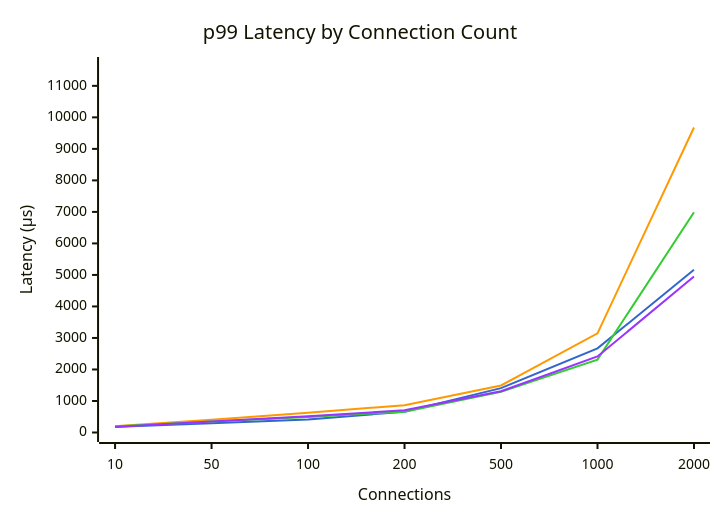
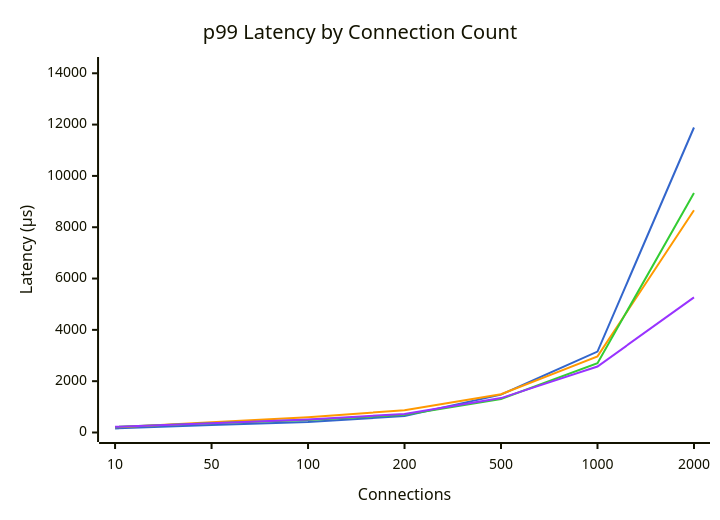
One commit to youyuanwu/bypass-misc changed the sixth of 6 diagrams in docs/Bench/Azure/Standard_D8s_v5.md. Above: the diagram before and after it, drawn with Mermaid. The commit also changed other lines of this file and 5 other files, not shown here.

````diff
--- a/docs/Bench/Azure/Standard_D8s_v5.md
+++ b/docs/Bench/Azure/Standard_D8s_v5.md
@@ -151,16 +151,16 @@
 ```mermaid
 ---
 config:
     themeVariables:
         xyChart:
             plotColorPalette: "#3366cc, #ff9900, #33cc33, #9933ff"
 ---
 xychart-beta
     title "p99 Latency by Connection Count"
     x-axis "Connections" [10, 50, 100, 200, 500, 1000, 2000]
-    y-axis "Latency (μs)" 0 --> 11614
-    line "dpdk" [175, 295, 412, 660, 1408, 2669, 5163]
-    line "tokio" [197, 401, 624, 867, 1492, 3147, 9679]
-    line "tokio-local" [197, 347, 492, 662, 1294, 2313, 6987]
-    line "kimojio" [178, 349, 517, 703, 1307, 2413, 4947]
+    y-axis "Latency (μs)" 0 --> 14264
+    line "dpdk" [157, 290, 408, 641, 1477, 3153, 11887]
+    line "tokio" [201, 396, 597, 867, 1489, 2965, 8663]
+    line "tokio-local" [215, 356, 488, 693, 1307, 2703, 9335]
+    line "kimojio" [222, 358, 510, 724, 1341, 2571, 5267]
 ```
````
